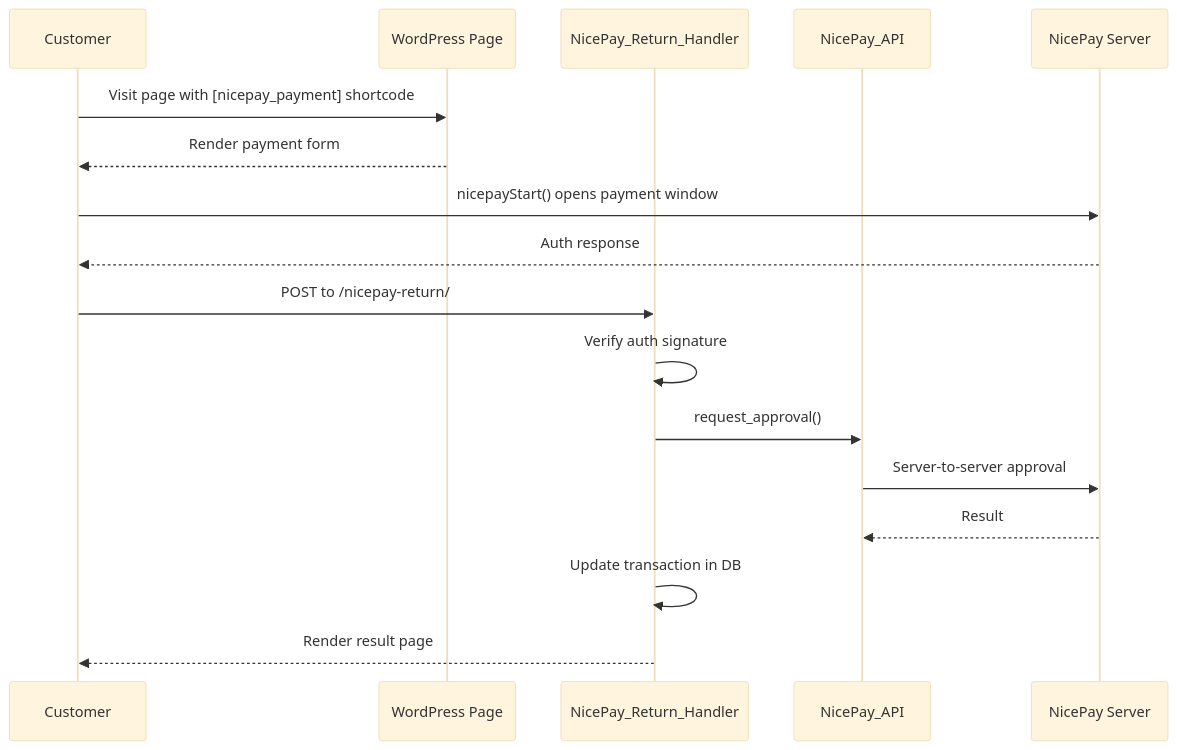
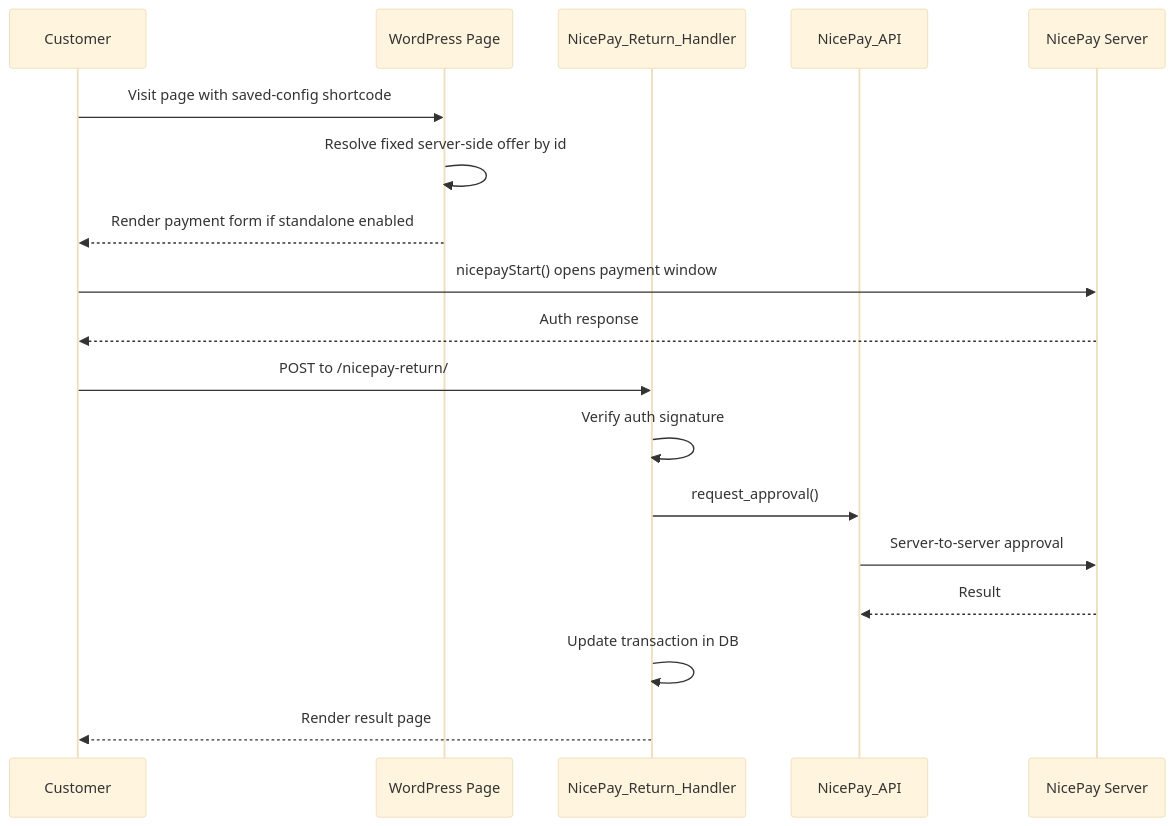
Before and after one commit to cemililik/nicepay-paymentgateway-wordpress-plugin: the fourth of 9 diagrams in docs/ARCHITECTURE.md, drawn with Mermaid (base theme). The commit also changed other lines of this file and 109 other files, not shown here.

````diff
--- a/docs/ARCHITECTURE.md
+++ b/docs/ARCHITECTURE.md
@@ -219,22 +227,23 @@
 ```mermaid
 sequenceDiagram
     participant C as Customer
     participant WP as WordPress Page
     participant RH as NicePay_Return_Handler
     participant API as NicePay_API
     participant NP as NicePay Server
 
-    C->>WP: Visit page with [nicepay_payment] shortcode
-    WP-->>C: Render payment form
+    C->>WP: Visit page with saved-config shortcode
+    WP->>WP: Resolve fixed server-side offer by id
+    WP-->>C: Render payment form if standalone enabled
 
     C->>NP: nicepayStart() opens payment window
     NP-->>C: Auth response
 
     C->>RH: POST to /nicepay-return/
     RH->>RH: Verify auth signature
     RH->>API: request_approval()
     API->>NP: Server-to-server approval
     NP-->>API: Result
     RH->>RH: Update transaction in DB
     RH-->>C: Render result page
 ```
````
